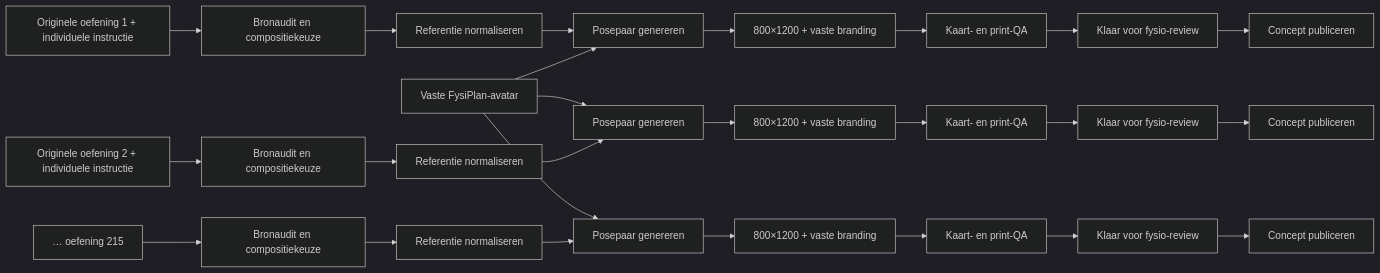
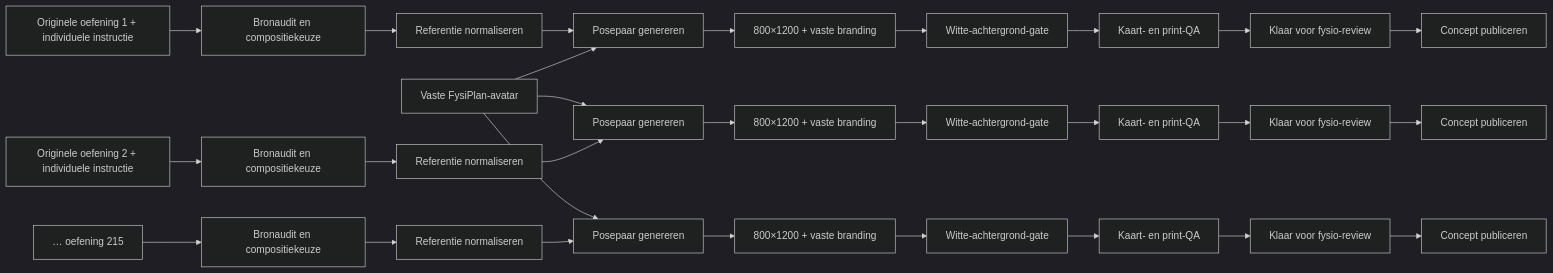
Before and after one commit to cartonn/Fysiplan: the diagram in docs/oefenbeelden-graph.md, drawn with Mermaid (dark theme). The commit also changed other lines of this file and 216 other files, not shown here.

````diff
--- a/docs/oefenbeelden-graph.md
+++ b/docs/oefenbeelden-graph.md
@@ -5,9 +5,9 @@
 ```mermaid
 flowchart LR
   A["Vaste FysiPlan-avatar"] --> G1
-  S1["Originele oefening 1 + individuele instructie"] --> U1["Bronaudit en compositiekeuze"] --> N1["Referentie normaliseren"] --> G1["Posepaar genereren"] --> C1["800×1200 + vaste branding"] --> Q1["Kaart- en print-QA"] --> R1["Klaar voor fysio-review"] --> P1["Concept publiceren"]
-  S2["Originele oefening 2 + individuele instructie"] --> U2["Bronaudit en compositiekeuze"] --> N2["Referentie normaliseren"] --> G2["Posepaar genereren"] --> C2["800×1200 + vaste branding"] --> Q2["Kaart- en print-QA"] --> R2["Klaar voor fysio-review"] --> P2["Concept publiceren"]
+  S1["Originele oefening 1 + individuele instructie"] --> U1["Bronaudit en compositiekeuze"] --> N1["Referentie normaliseren"] --> G1["Posepaar genereren"] --> C1["800×1200 + vaste branding"] --> W1["Witte-achtergrond-gate"] --> Q1["Kaart- en print-QA"] --> R1["Klaar voor fysio-review"] --> P1["Concept publiceren"]
+  S2["Originele oefening 2 + individuele instructie"] --> U2["Bronaudit en compositiekeuze"] --> N2["Referentie normaliseren"] --> G2["Posepaar genereren"] --> C2["800×1200 + vaste branding"] --> W2["Witte-achtergrond-gate"] --> Q2["Kaart- en print-QA"] --> R2["Klaar voor fysio-review"] --> P2["Concept publiceren"]
   A --> G2
-  SN["… oefening 215"] --> UN["Bronaudit en compositiekeuze"] --> NN["Referentie normaliseren"] --> GN["Posepaar genereren"] --> CN["800×1200 + vaste branding"] --> QN["Kaart- en print-QA"] --> RN["Klaar voor fysio-review"] --> PN["Concept publiceren"]
+  SN["… oefening 215"] --> UN["Bronaudit en compositiekeuze"] --> NN["Referentie normaliseren"] --> GN["Posepaar genereren"] --> CN["800×1200 + vaste branding"] --> WN["Witte-achtergrond-gate"] --> QN["Kaart- en print-QA"] --> RN["Klaar voor fysio-review"] --> PN["Concept publiceren"]
   A --> GN
 ```
````
